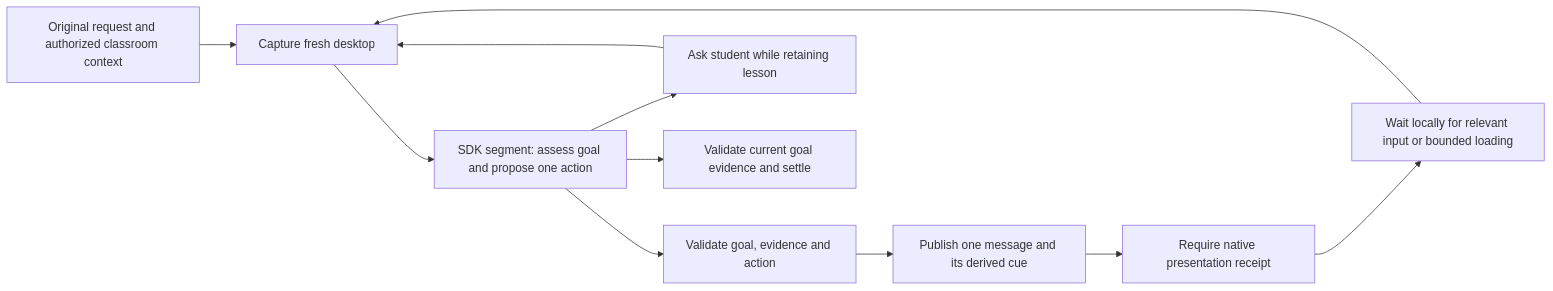
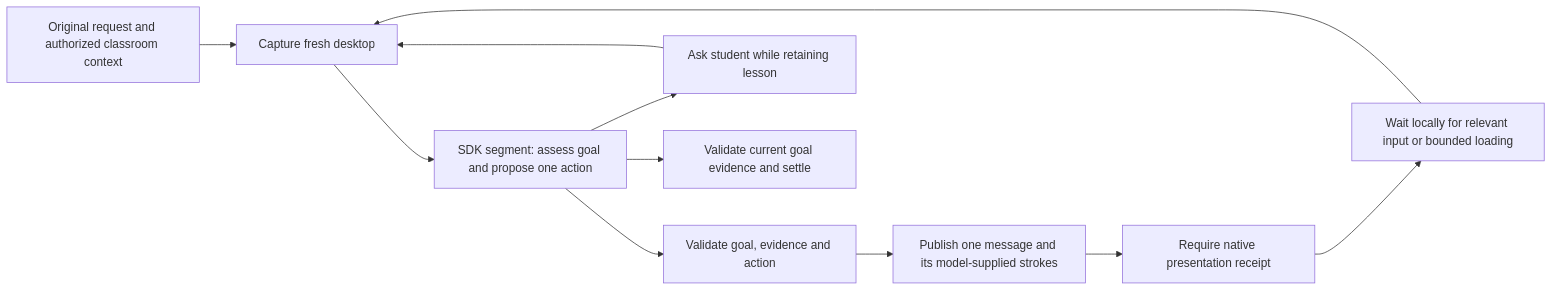
One commit to ducnguyen67201/TroApp changed the third of 6 diagrams in docs/Architecture.md. Above: the diagram before and after it, drawn with Mermaid. The commit also changed other lines of this file and 44 other files, not shown here.

````diff
--- a/docs/Architecture.md
+++ b/docs/Architecture.md
@@ -244,13 +244,13 @@
 ```mermaid
 flowchart LR
   Request[Original request and authorized classroom context] --> Observe[Capture fresh desktop]
   Observe --> Model[SDK segment: assess goal and propose one action]
   Model --> Admit[Validate goal, evidence and action]
-  Admit --> Present[Publish one message and its derived cue]
+  Admit --> Present[Publish one message and its model-supplied strokes]
   Present --> Receipt[Require native presentation receipt]
   Receipt --> Wait[Wait locally for relevant input or bounded loading]
   Wait --> Observe
   Model --> Question[Ask student while retaining lesson]
   Question --> Observe
   Model --> Finish[Validate current goal evidence and settle]
 ```
````
